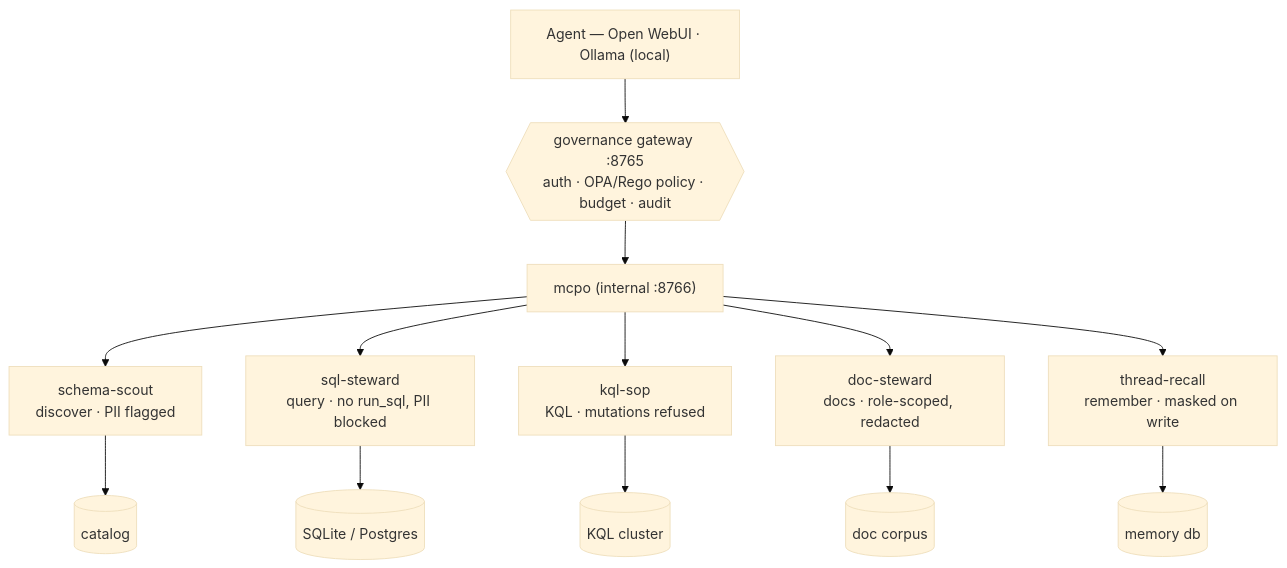
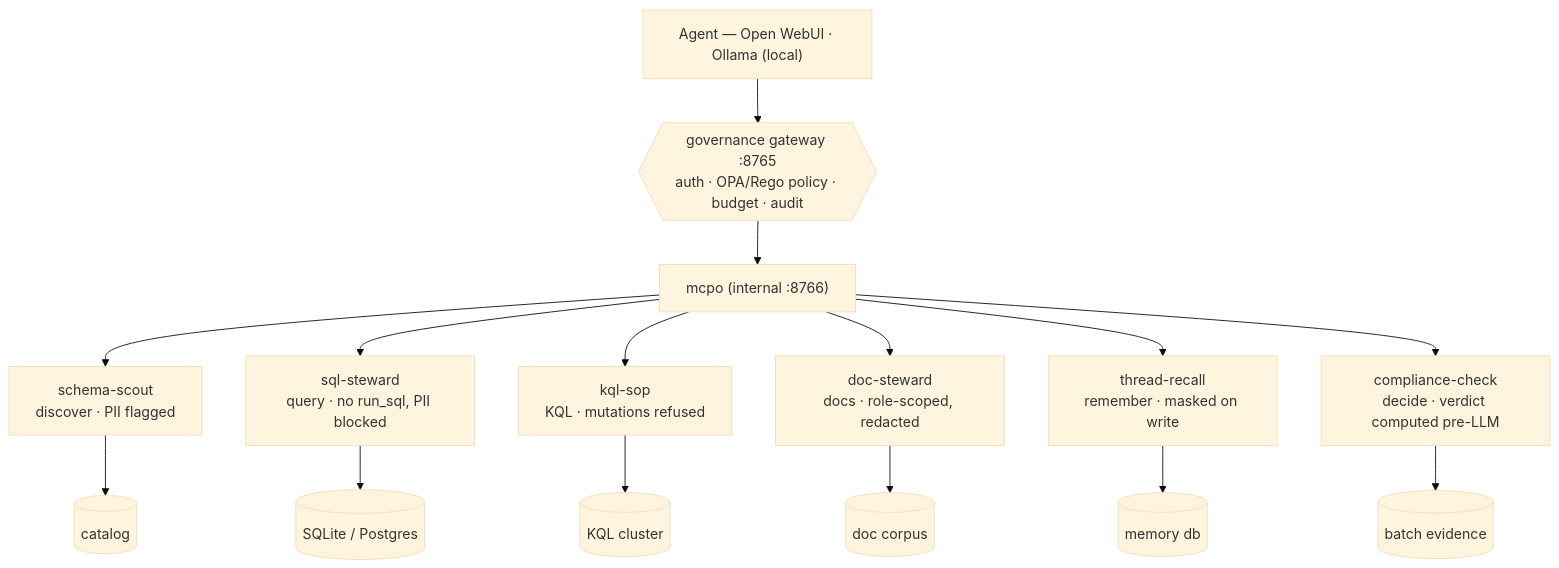
Before and after one commit to Pawansingh3889/governed-stack-demo: the diagram in README.md, drawn with Mermaid (base theme). The commit also changed other lines of this file and 7 other files, not shown here.

First line of the commit message:
Add compliance-check: composite verdicts computed before the model

````diff
--- a/README.md
+++ b/README.md
@@ -24,15 +25,17 @@
 ```mermaid
 flowchart TD
     A["Agent — Open WebUI · Ollama (local)"] --> GW{{"governance gateway :8765<br/>auth · OPA/Rego policy · budget · audit"}}
     GW --> G["mcpo (internal :8766)"]
     G --> S1["schema-scout<br/>discover · PII flagged"]
     G --> S2["sql-steward<br/>query · no run_sql, PII blocked"]
     G --> S3["kql-sop<br/>KQL · mutations refused"]
     G --> S4["doc-steward<br/>docs · role-scoped, redacted"]
     G --> S5["thread-recall<br/>remember · masked on write"]
+    G --> S6["compliance-check<br/>decide · verdict computed pre-LLM"]
     S1 --> B1[("catalog")]
     S2 --> B2[("SQLite / Postgres")]
     S3 --> B3[("KQL cluster")]
     S4 --> B4[("doc corpus")]
     S5 --> B5[("memory db")]
+    S6 --> B6[("batch evidence")]
 ```
````
